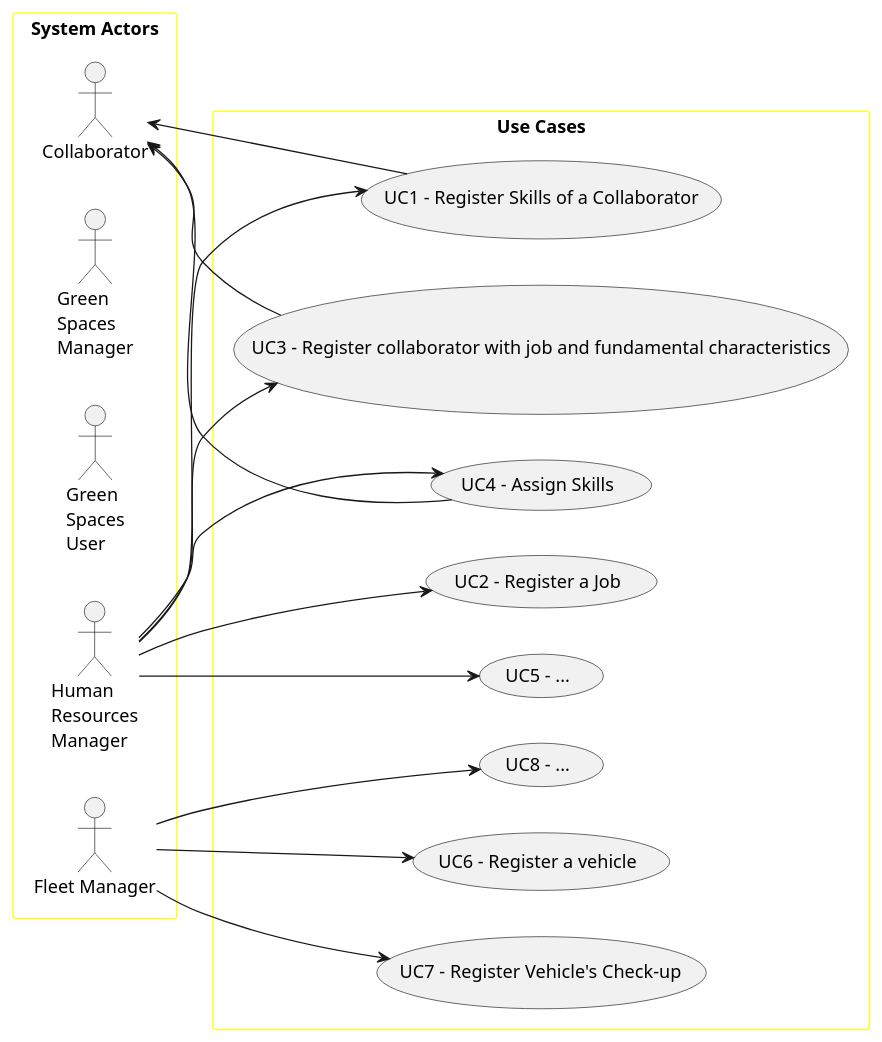
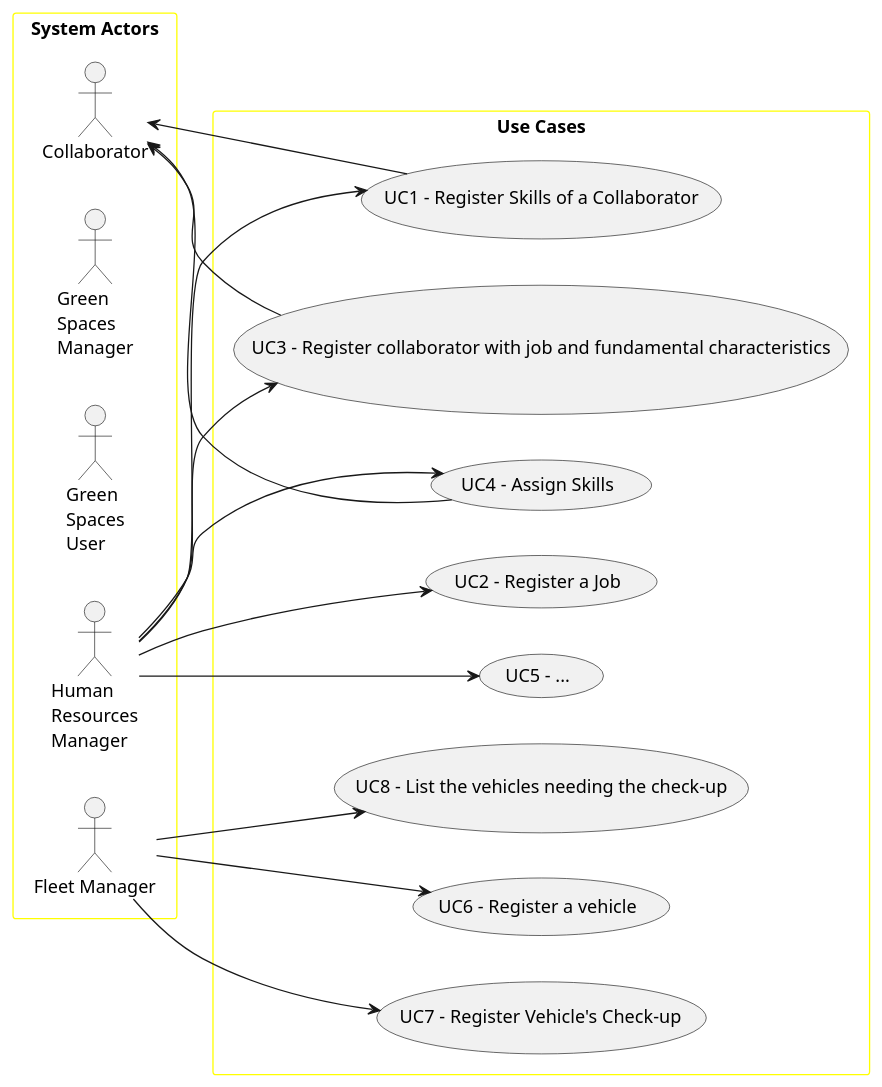
Before and after one commit to daniel41silva05/ISEP_2023_2024_LAPR2: the diagram in docs/sprintA/global-artifacts/01.requirements-engineering/puml/use-case-diagram.puml, drawn with PlantUML. The commit also changed 2 other files, not shown here.

Commit message:
Update UCD diagram

```diff
--- a/docs/sprintA/global-artifacts/01.requirements-engineering/puml/use-case-diagram.puml
+++ b/docs/sprintA/global-artifacts/01.requirements-engineering/puml/use-case-diagram.puml
@@ -1,44 +1,44 @@
 @startuml
 'skinparam monochrome true
 skinparam packageStyle rectangle
 'skinparam shadowing false
 
 skinparam rectangle{
     BorderColor yellow
 }
 
 'title Use Case Diagram Example
 
 left to right direction
 
 rectangle "System Actors" as actors {
     actor Collaborator
     actor "Green\nSpaces\nManager" as GSM
     actor "Green\nSpaces\nUser" as GSU
     actor "Human\nResources\nManager" as HRM
     actor "Fleet Manager" as FM
 }
 
 rectangle "Use Cases" as usecases{
     usecase "UC1 - Register Skills of a Collaborator" as UC1
     HRM --> UC1
     UC1 --> Collaborator
     usecase "UC2 - Register a Job" as UC2
     HRM --> UC2
     usecase "UC3 - Register collaborator with job and fundamental characteristics" as UC3
     HRM --> UC3
     UC3 --> Collaborator
     usecase "UC4 - Assign Skills" as UC4
     HRM --> UC4
     UC4 --> Collaborator
     usecase "UC5 - ..." as UC5
     HRM --> UC5
     usecase "UC6 - Register a vehicle" as UC6
     FM --> UC6
     usecase "UC7 - Register Vehicle's Check-up" as UC7
     FM --> UC7
-    usecase "UC8 - ..." as UC8
+    usecase "UC8 - List the vehicles needing the check-up" as UC8
     FM --> UC8
 }
 
 @enduml
```
